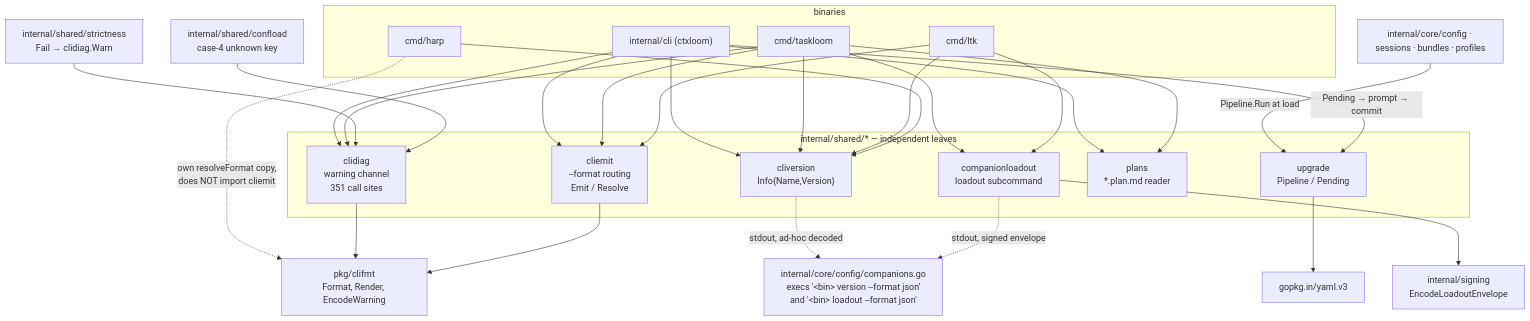
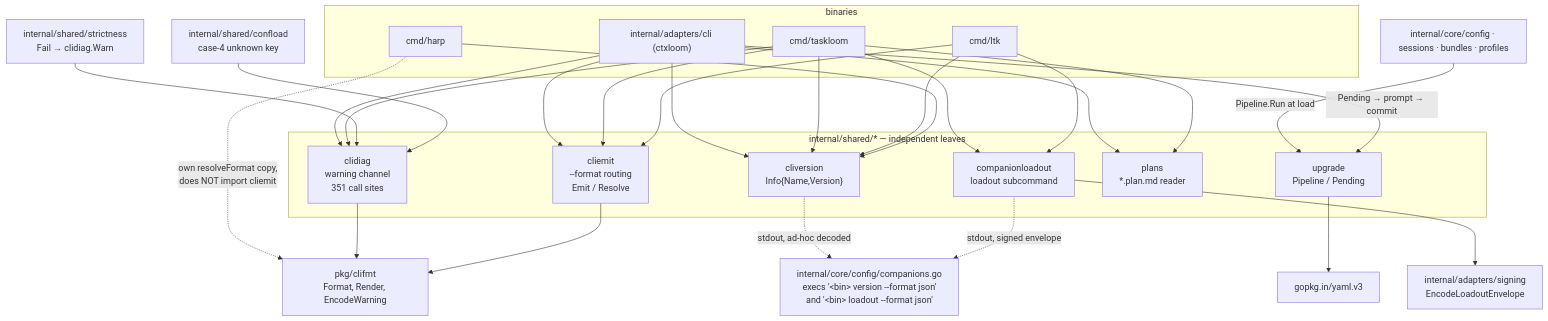
The diagram in docs/architecture/shared/cli-support.md (ctxloom/ctxloom), drawn with Mermaid before and after one commit. The commit also changed other lines of this file and 2489 other files, not shown here.

First line of the commit message:
refactor(arch): move the adapters ring into internal/adapters

````diff
--- a/docs/architecture/shared/cli-support.md
+++ b/docs/architecture/shared/cli-support.md
@@ -7,42 +7,42 @@
 ```mermaid
 flowchart TD
   subgraph binaries["binaries"]
-    CLI["internal/cli (ctxloom)"]
+    CLI["internal/adapters/cli (ctxloom)"]
     TL["cmd/taskloom"]
     LTK["cmd/ltk"]
     HARP["cmd/harp"]
   end
 
   subgraph helpers["internal/shared/* — independent leaves"]
     CD["clidiag<br/>warning channel<br/>351 call sites"]
     CE["cliemit<br/>--format routing<br/>Emit / Resolve"]
     CV["cliversion<br/>Info{Name,Version}"]
     CL["companionloadout<br/>loadout subcommand"]
     PL["plans<br/>*.plan.md reader"]
     UP["upgrade<br/>Pipeline / Pending"]
   end
 
   CFMT["pkg/clifmt<br/>Format, Render, EncodeWarning"]
-  SIGN["internal/signing<br/>EncodeLoadoutEnvelope"]
+  SIGN["internal/adapters/signing<br/>EncodeLoadoutEnvelope"]
   YAML["gopkg.in/yaml.v3"]
 
   CLI --> CD & CE & CV & PL
   TL --> CD & CE & CV & CL & PL
   LTK --> CE & CV & CL
   HARP --> CV
   HARP -.->|"own resolveFormat copy,<br/>does NOT import cliemit"| CFMT
 
   CD --> CFMT
   CE --> CFMT
   CL --> SIGN
   UP --> YAML
 
   STR["internal/shared/strictness<br/>Fail → clidiag.Warn"] --> CD
   CONF["internal/shared/confload<br/>case-4 unknown key"] --> CD
 
   CFG["internal/core/config · sessions · bundles · profiles"] -->|"Pipeline.Run at load"| UP
   CLI -->|"Pending → prompt → commit"| UP
   PROBE["internal/core/config/companions.go<br/>execs '&lt;bin&gt; version --format json'<br/>and '&lt;bin&gt; loadout --format json'"]
   CV -.->|"stdout, ad-hoc decoded"| PROBE
   CL -.->|"stdout, signed envelope"| PROBE
 ```
````
